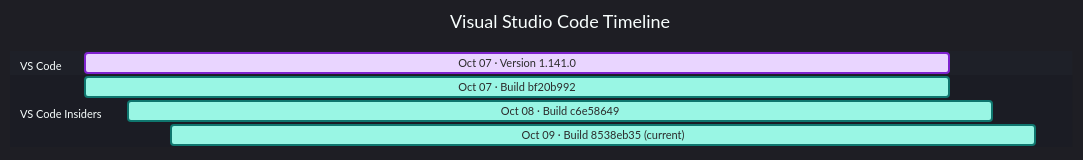
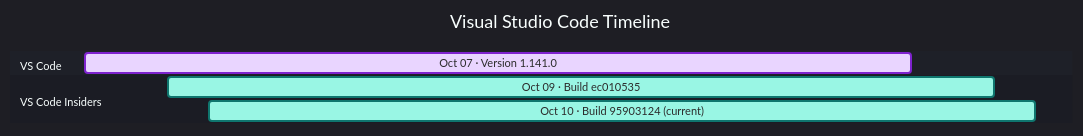
One commit to Oxelya-DevTools/VisualStudioUpdate changed the diagram in docs/vscode.md. Above: the diagram before and after it, drawn with Mermaid. The commit also changed other lines of this file and 1 other file, not shown here.

````diff
--- a/docs/vscode.md
+++ b/docs/vscode.md
@@ -9,14 +9,13 @@
 ```mermaid
 %%{init: {'theme':'dark','themeVariables': { 'fontFamily': 'Segoe UI', 'fontSize': '24px', 'textColor': '#F3F4F6', 'titleTextColor': '#FFFFFF', 'taskTextColor': '#111827', 'taskTextLightColor': '#111827', 'taskTextOutsideColor': '#F3F4F6', 'taskBkgColor': '#BAE6FD', 'taskBorderColor': '#0369A1', 'doneTaskBkgColor': '#E9D5FF', 'doneTaskBorderColor': '#7E22CE', 'activeTaskBkgColor': '#99F6E4', 'activeTaskBorderColor': '#0F766E', 'critTaskBkgColor': '#FED7AA', 'critTaskBorderColor': '#C2410C', 'sectionBkgColor': '#1F2937', 'altSectionBkgColor': '#111827', 'gridColor': '#4B5563', 'todayLineColor': '#F87171' }}}%%
 gantt
     title Visual Studio Code Timeline
     dateFormat  YYYY-MM-DD
     axisFormat  %b
     tickInterval 1month
     section VS Code
     Oct 07 · Version 1.141.0 : done, vscode202610070, 2026-10-07, 20d
     section VS Code Insiders
-    Oct 07 · Build bf20b992 : active, vscodeinsiders202610070, 2026-10-07, 20d
-    Oct 08 · Build c6e58649 : active, vscodeinsiders202610081, 2026-10-08, 20d
-    Oct 09 · Build 8538eb35 (current) : active, vscodeinsiders202610092, 2026-10-09, 20d
+    Oct 09 · Build ec010535 : active, vscodeinsiders202610090, 2026-10-09, 20d
+    Oct 10 · Build 95903124 (current) : active, vscodeinsiders202610101, 2026-10-10, 20d
 ```
````
